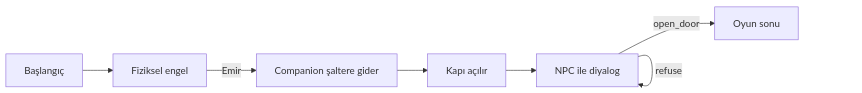
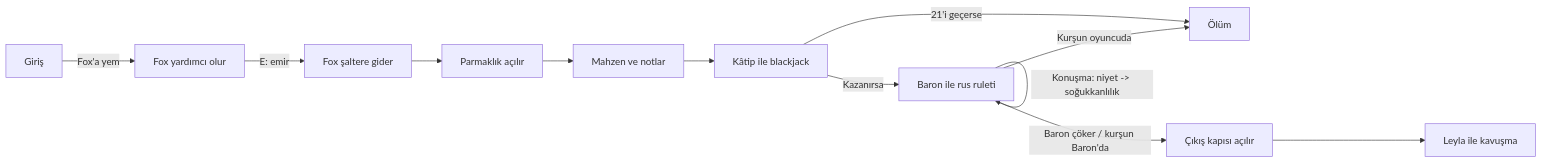
Before and after one commit to hamzaakademie-png/AIAdventure: the first of 4 diagrams in README.md, drawn with Mermaid. The commit also changed other lines of this file, not shown here.

````diff
--- a/README.md
+++ b/README.md
@@ -27,9 +40,14 @@
 ```mermaid
 flowchart LR
-    A[Başlangıç] --> B[Fiziksel engel]
-    B -->|Emir| C[Companion şaltere gider]
-    C --> D[Kapı açılır]
-    D --> E[NPC ile diyalog]
-    E -->|open_door| F[Oyun sonu]
-    E -->|refuse| E
+    A[Giriş] -->|Fox'a yem| B[Fox yardımcı olur]
+    B -->|E: emir| C[Fox şaltere gider]
+    C --> D[Parmaklık açılır]
+    D --> E[Mahzen ve notlar]
+    E --> F[Kâtip ile blackjack]
+    F -->|Kazanırsa| G[Baron ile rus ruleti]
+    F -->|21'i geçerse| X[Ölüm]
+    G -->|Konuşma: niyet -> soğukkanlılık| G
+    G -->|Baron çöker / kurşun Baron'da| H[Çıkış kapısı açılır]
+    G -->|Kurşun oyuncuda| X
+    H --> I[Leyla ile kavuşma]
 ```
````
